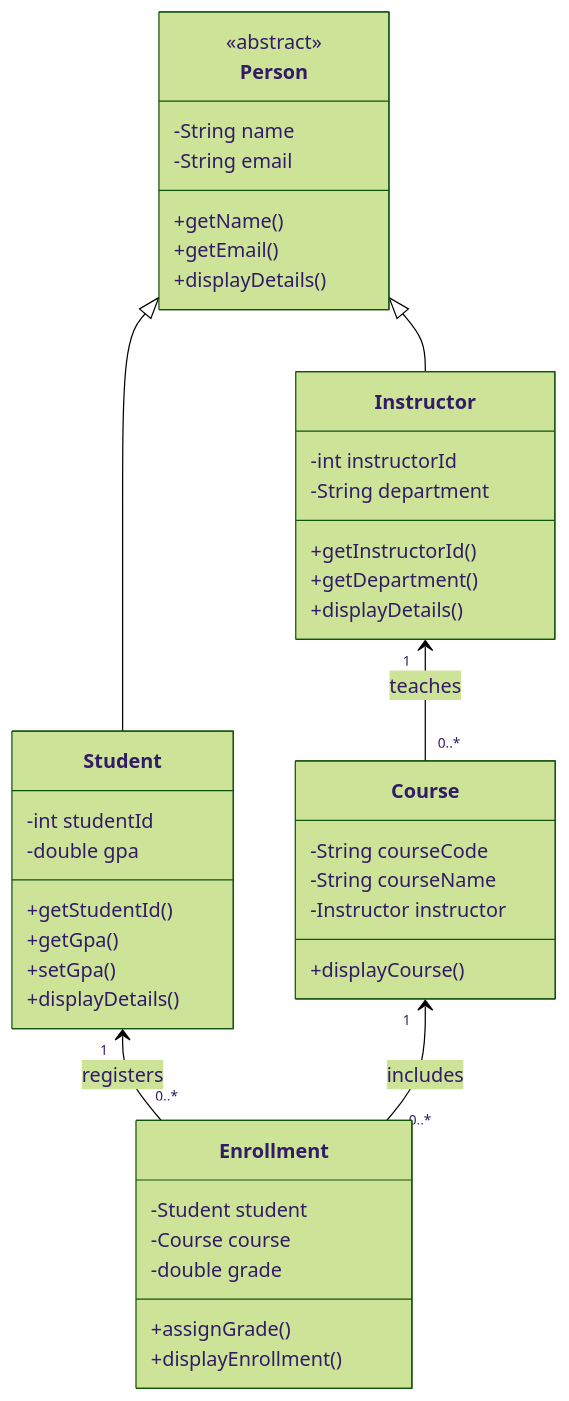
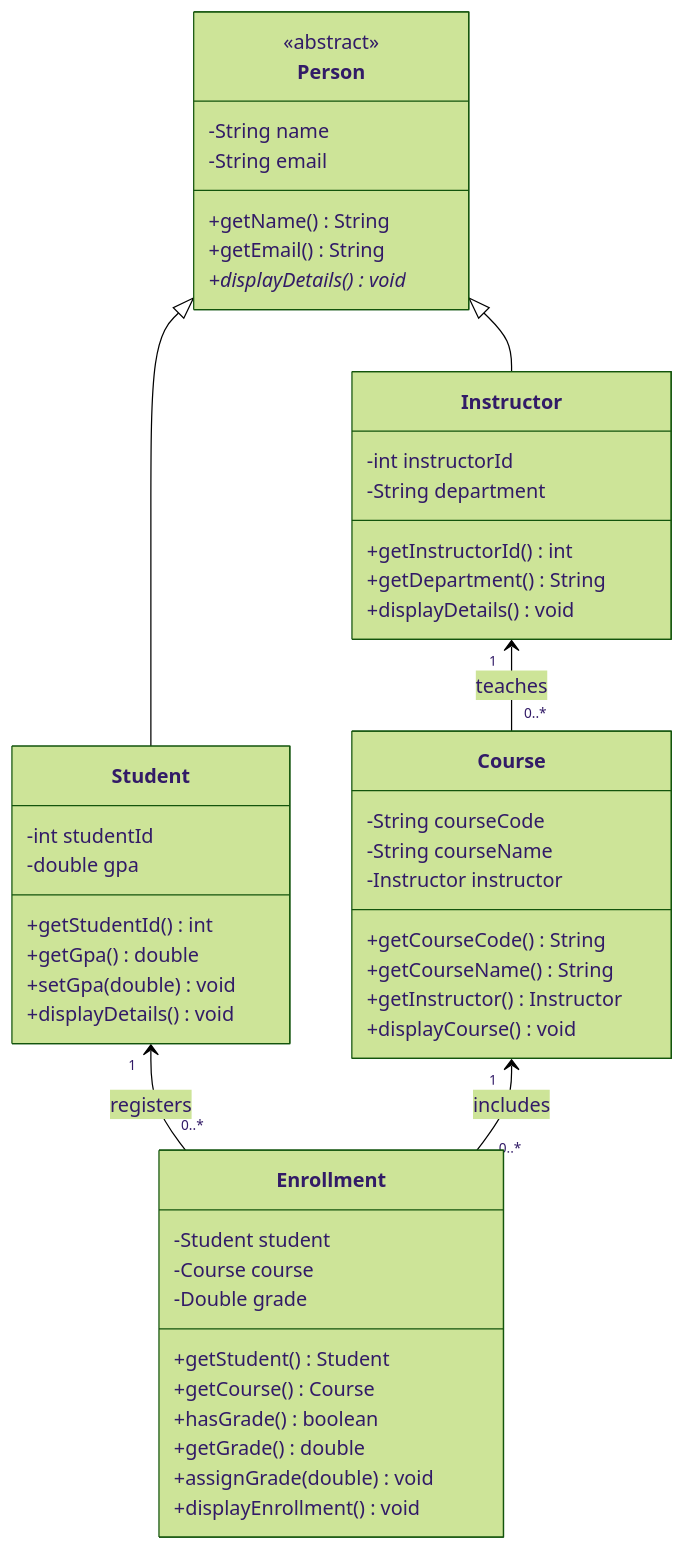
The diagram in docs/UML.md (20230678/Student-Class-Implementation), drawn with Mermaid (forest theme) before and after one commit. The commit also changed other lines of this file, not shown here.

````diff
--- a/docs/UML.md
+++ b/docs/UML.md
@@ -4,49 +3,56 @@
 ```mermaid
 classDiagram
     class Person {
         <<abstract>>
         -String name
         -String email
-        +getName()
-        +getEmail()
-        +displayDetails()
+        +getName() String
+        +getEmail() String
+        +displayDetails()* void
     }
 
     class Student {
         -int studentId
         -double gpa
-        +getStudentId()
-        +getGpa()
-        +setGpa()
-        +displayDetails()
+        +getStudentId() int
+        +getGpa() double
+        +setGpa(double) void
+        +displayDetails() void
     }
 
     class Instructor {
         -int instructorId
         -String department
-        +getInstructorId()
-        +getDepartment()
-        +displayDetails()
+        +getInstructorId() int
+        +getDepartment() String
+        +displayDetails() void
     }
 
     class Course {
         -String courseCode
         -String courseName
         -Instructor instructor
-        +displayCourse()
+        +getCourseCode() String
+        +getCourseName() String
+        +getInstructor() Instructor
+        +displayCourse() void
     }
 
     class Enrollment {
         -Student student
         -Course course
-        -double grade
-        +assignGrade()
-        +displayEnrollment()
+        -Double grade
+        +getStudent() Student
+        +getCourse() Course
+        +hasGrade() boolean
+        +getGrade() double
+        +assignGrade(double) void
+        +displayEnrollment() void
     }
 
     Person <|-- Student
     Person <|-- Instructor
     Instructor "1" <-- "0..*" Course : teaches
     Student "1" <-- "0..*" Enrollment : registers
     Course "1" <-- "0..*" Enrollment : includes
 ```
````
